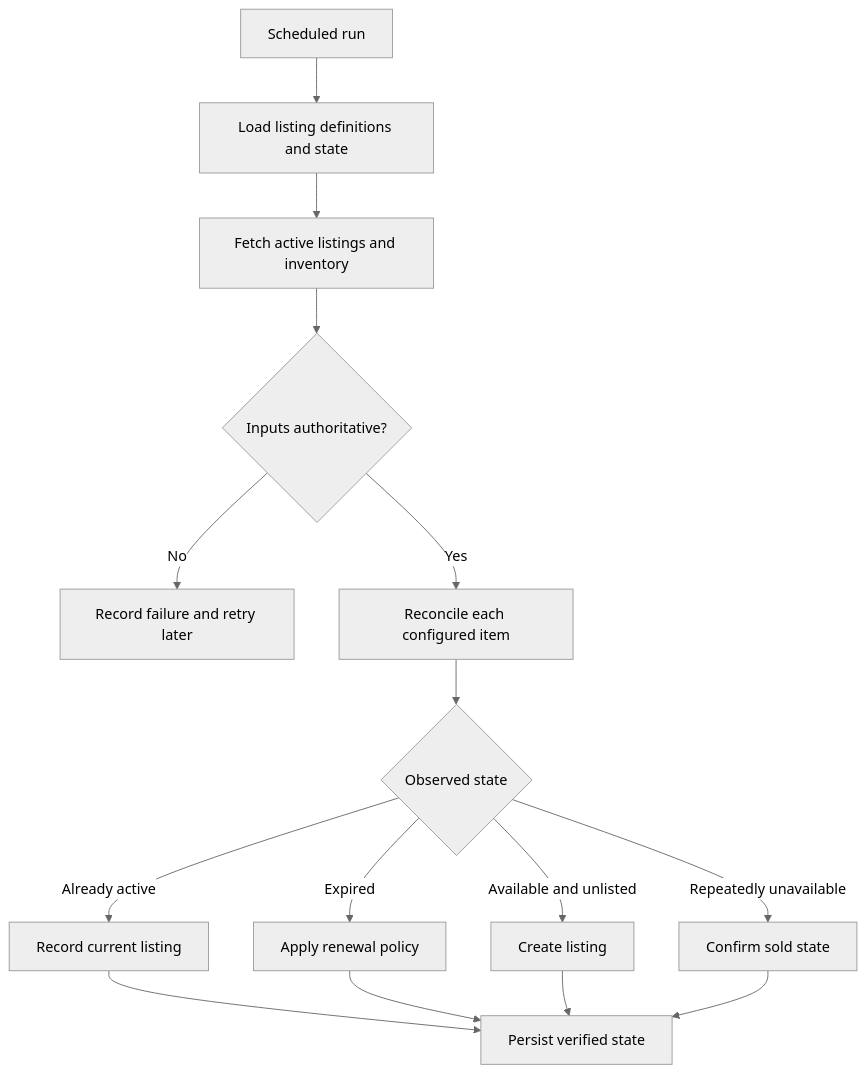
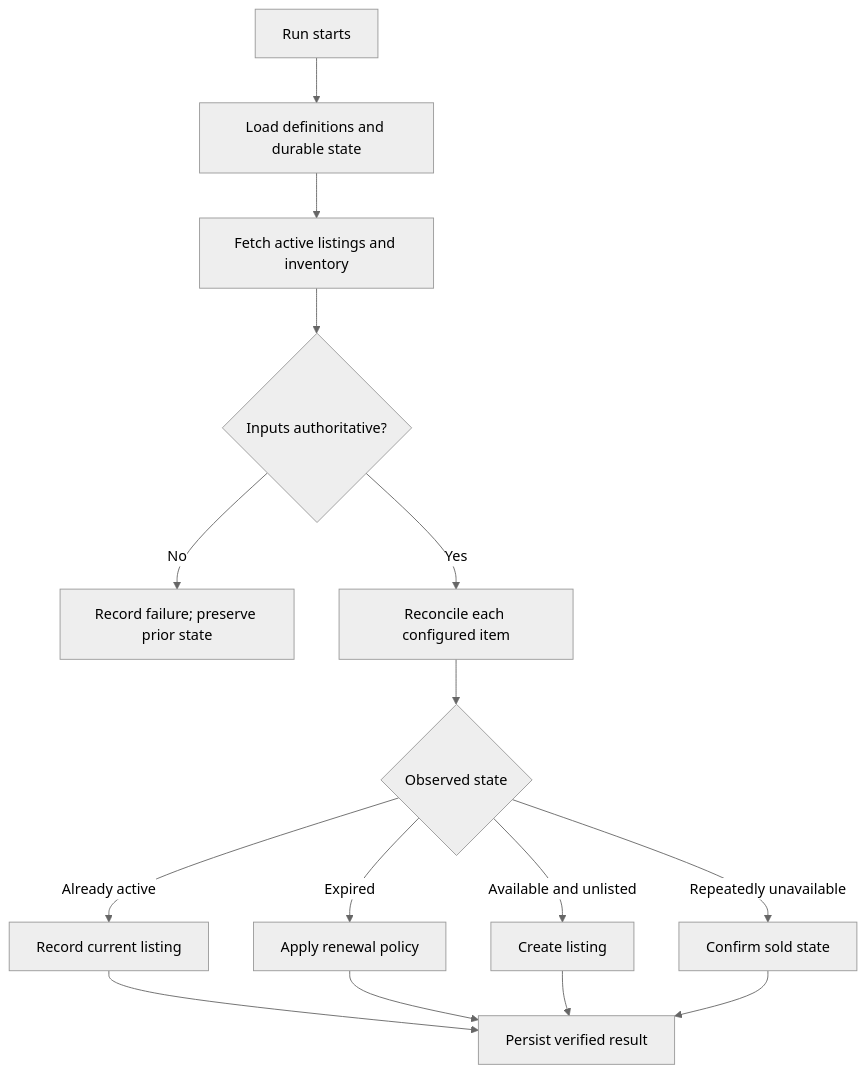
One commit to ChardXBT/CS2-Marketplace-Trading-System changed the third of 3 diagrams in README.md. Above: the diagram before and after it, drawn with Mermaid (neutral theme). The commit also changed other lines of this file, not shown here.

````diff
--- a/README.md
+++ b/README.md
@@ -177,17 +118,17 @@
 ```mermaid
 flowchart TD
-    A["Scheduled run"] --> B["Load listing definitions and state"]
+    A["Run starts"] --> B["Load definitions and durable state"]
     B --> C["Fetch active listings and inventory"]
     C --> D{"Inputs authoritative?"}
-    D -->|No| E["Record failure and retry later"]
+    D -->|No| E["Record failure; preserve prior state"]
     D -->|Yes| F["Reconcile each configured item"]
     F --> G{"Observed state"}
     G -->|Already active| H["Record current listing"]
     G -->|Expired| I["Apply renewal policy"]
     G -->|Available and unlisted| J["Create listing"]
     G -->|Repeatedly unavailable| K["Confirm sold state"]
-    H --> L["Persist verified state"]
+    H --> L["Persist verified result"]
     I --> L
     J --> L
     K --> L
 ```
````
